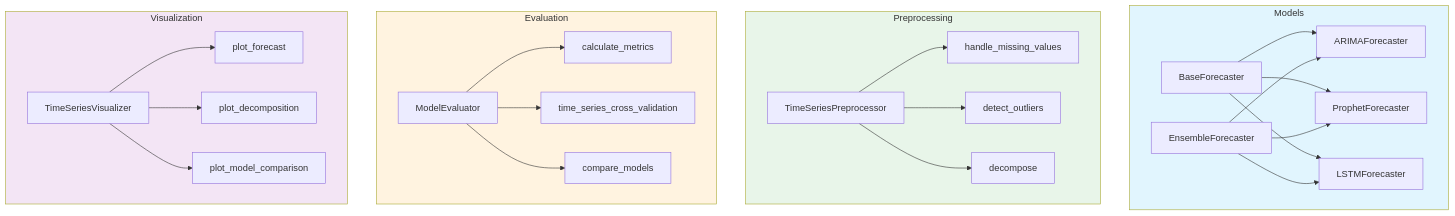
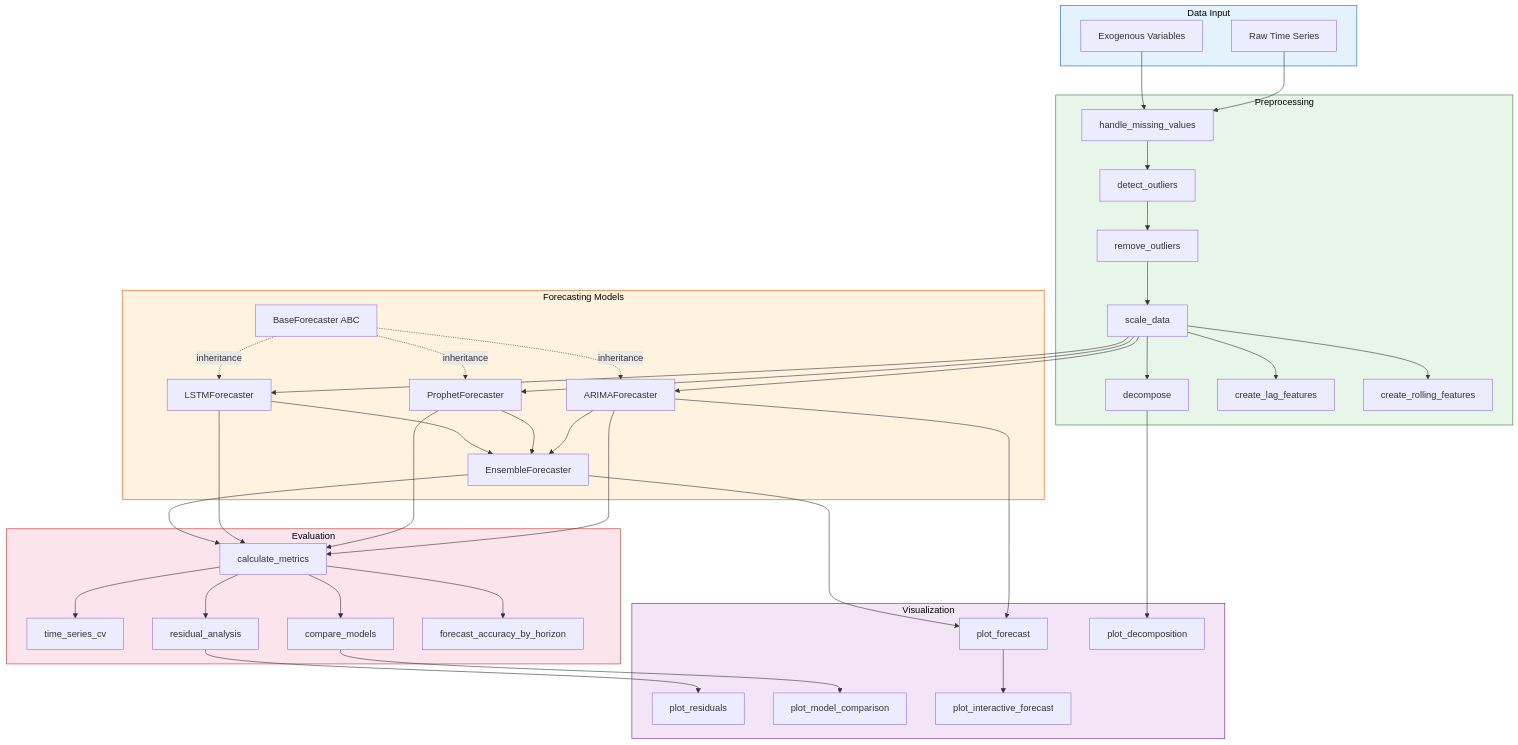
Before and after one commit to galafis/time-series-forecasting-engine: the third of 4 diagrams in README.md, drawn with Mermaid. The commit also changed other lines of this file and 1 other file, not shown here.

````diff
--- a/README.md
+++ b/README.md
@@ -209,52 +375,76 @@
 ```mermaid
-graph TB
-    subgraph Models["Models"]
-        A[BaseForecaster]
-        B[ARIMAForecaster]
-        C[ProphetForecaster]
-        D[LSTMForecaster]
-        E[EnsembleForecaster]
+graph TD
+    subgraph Input["Data Input"]
+        style Input fill:#e3f2fd,stroke:#1565c0,color:#000
+        A1[Raw Time Series]
+        A2[Exogenous Variables]
     end
 
     subgraph Preprocessing["Preprocessing"]
-        F[TimeSeriesPreprocessor]
-        G[handle_missing_values]
-        H[detect_outliers]
-        I[decompose]
+        style Preprocessing fill:#e8f5e9,stroke:#2e7d32,color:#000
+        B1[handle_missing_values]
+        B2[detect_outliers]
+        B3[remove_outliers]
+        B4[scale_data]
+        B5[decompose]
+        B6[create_lag_features]
+        B7[create_rolling_features]
+    end
+
+    subgraph Models["Forecasting Models"]
+        style Models fill:#fff3e0,stroke:#e65100,color:#000
+        C0[BaseForecaster ABC]
+        C1[ARIMAForecaster]
+        C2[ProphetForecaster]
+        C3[LSTMForecaster]
+        C4[EnsembleForecaster]
     end
 
     subgraph Evaluation["Evaluation"]
-        J[ModelEvaluator]
-        K[calculate_metrics]
-        L[time_series_cross_validation]
-        M[compare_models]
+        style Evaluation fill:#fce4ec,stroke:#c62828,color:#000
+        D1[calculate_metrics]
+        D2[time_series_cv]
+        D3[compare_models]
+        D4[residual_analysis]
+        D5[forecast_accuracy_by_horizon]
     end
 
     subgraph Visualization["Visualization"]
-        N[TimeSeriesVisualizer]
-        O[plot_forecast]
-        P[plot_decomposition]
-        Q[plot_model_comparison]
+        style Visualization fill:#f3e5f5,stroke:#6a1b9a,color:#000
+        E1[plot_forecast]
+        E2[plot_residuals]
+        E3[plot_decomposition]
+        E4[plot_model_comparison]
+        E5[plot_interactive_forecast]
     end
 
-    A --> B
-    A --> C
-    A --> D
-    E --> B
-    E --> C
-    E --> D
-    F --> G
-    F --> H
-    F --> I
-    J --> K
-    J --> L
-    J --> M
-    N --> O
-    N --> P
-    N --> Q
-
-    style Models fill:#e1f5fe
-    style Preprocessing fill:#e8f5e9
-    style Evaluation fill:#fff3e0
-    style Visualization fill:#f3e5f5
+    A1 --> B1
+    A2 --> B1
+    B1 --> B2 --> B3 --> B4
+    B4 --> B5
+    B4 --> B6
+    B4 --> B7
+    B4 --> C1
+    B4 --> C2
+    B4 --> C3
+    C0 -.->|inheritance| C1
+    C0 -.->|inheritance| C2
+    C0 -.->|inheritance| C3
+    C1 --> C4
+    C2 --> C4
+    C3 --> C4
+    C1 --> D1
+    C2 --> D1
+    C3 --> D1
+    C4 --> D1
+    D1 --> D2
+    D1 --> D3
+    D1 --> D4
+    D1 --> D5
+    D3 --> E4
+    D4 --> E2
+    C1 --> E1
+    C4 --> E1
+    B5 --> E3
+    E1 --> E5
 ```
````
